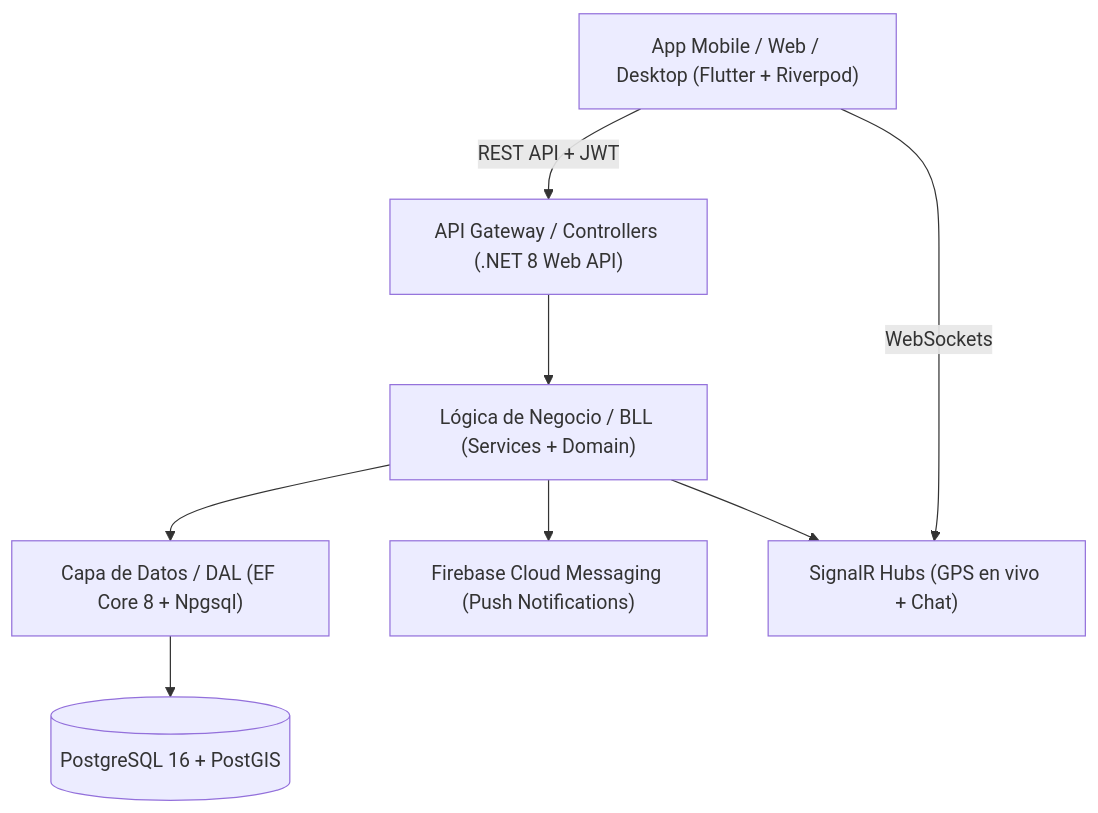
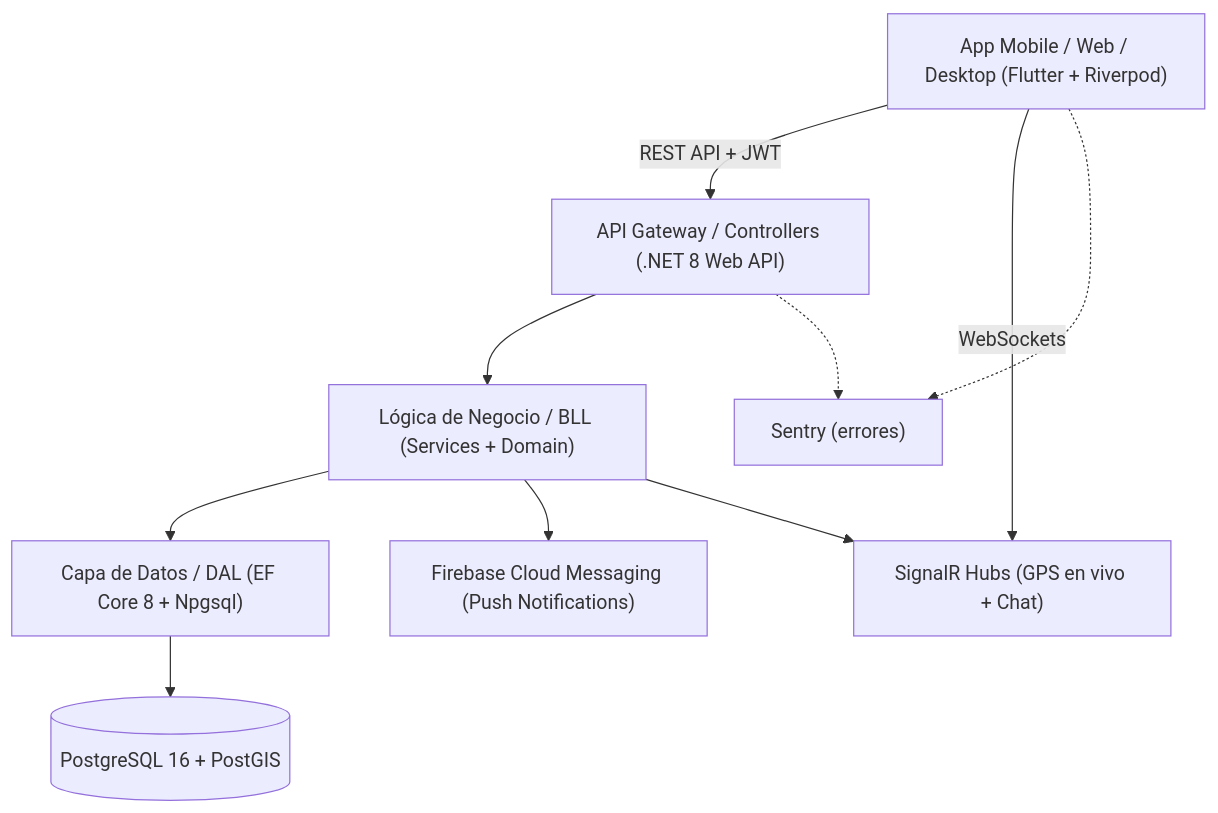
One commit to lucabaello1998/FletAR changed the diagram in README.md. Above: the diagram before and after it, drawn with Mermaid. The commit also changed other lines of this file and 24 other files, not shown here.

````diff
--- a/README.md
+++ b/README.md
@@ -20,18 +36,21 @@
 ```mermaid
 graph TD
     Client["App Mobile / Web / Desktop (Flutter + Riverpod)"]
     API["API Gateway / Controllers (.NET 8 Web API)"]
     BLL["Lógica de Negocio / BLL (Services + Domain)"]
     DAL["Capa de Datos / DAL (EF Core 8 + Npgsql)"]
     DB[("PostgreSQL 16 + PostGIS")]
     Hubs["SignalR Hubs (GPS en vivo + Chat)"]
     FCM["Firebase Cloud Messaging (Push Notifications)"]
+    Sentry["Sentry (errores)"]
 
     Client -->|REST API + JWT| API
     Client -->|WebSockets| Hubs
     API --> BLL
     BLL --> DAL
     DAL --> DB
     BLL --> FCM
     BLL --> Hubs
+    API -.-> Sentry
+    Client -.-> Sentry
 ```
````
